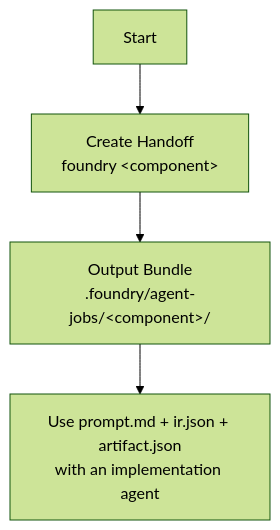
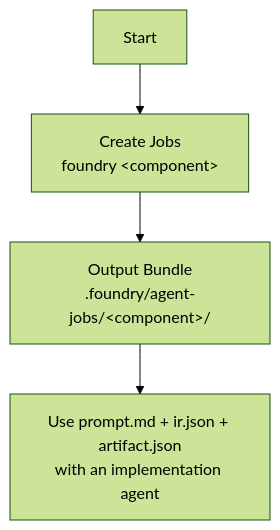
Before and after one commit to billy-briggs-dev/shadcnui-foundry: the second of 2 diagrams in docs/workflow.md, drawn with Mermaid (forest theme). The commit also changed other lines of this file and 15 other files, not shown here.

````diff
--- a/docs/workflow.md
+++ b/docs/workflow.md
@@ -23,6 +23,6 @@
 ```mermaid
 flowchart TD
-    S[Start] --> H[Create Handoff<br/>foundry &lt;component&gt;]
+    S[Start] --> H[Create Jobs<br/>foundry &lt;component&gt;]
     H --> O[Output Bundle<br/>.foundry/agent-jobs/&lt;component&gt;/]
     O --> A[Use prompt.md + ir.json + artifact.json<br/>with an implementation agent]
 ```
````
